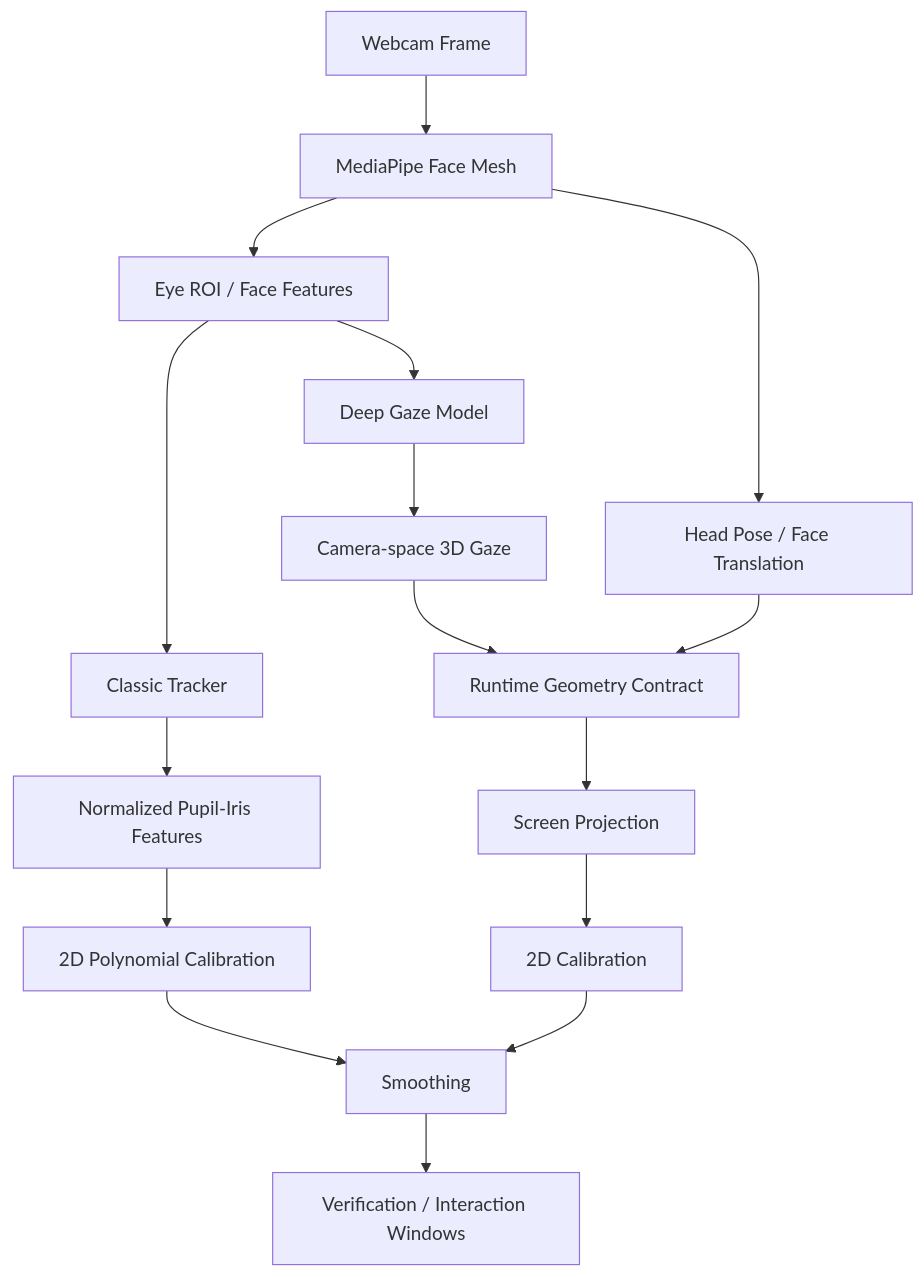
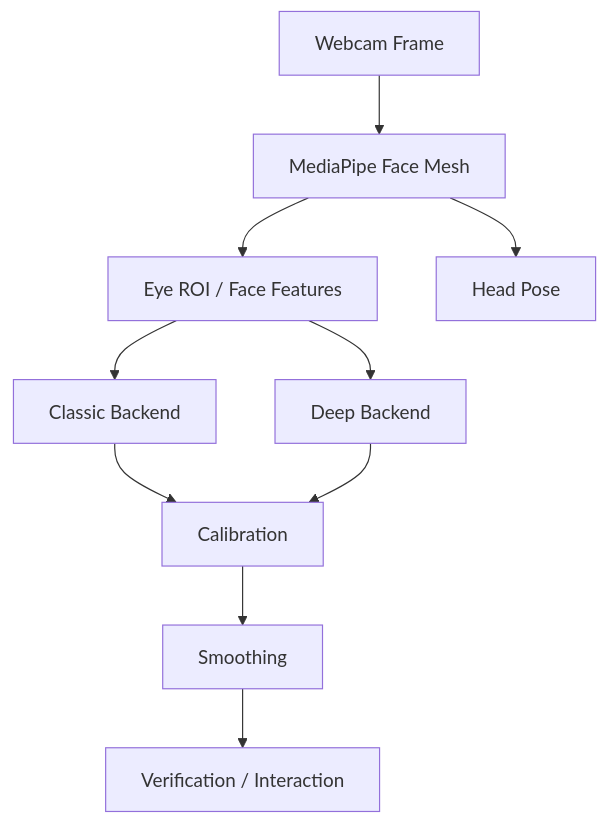
The second of 2 diagrams in README.md (narmi924/Look2Act_Tracker), drawn with Mermaid before and after one commit. The commit also changed other lines of this file and 21 other files, not shown here.

````diff
--- a/README.md
+++ b/README.md
@@ -87,21 +77,13 @@
 ```mermaid
 flowchart TD
     Cam[Webcam Frame] --> Face[MediaPipe Face Mesh]
-    Face --> ROI[Eye ROI / Face Features]
-    ROI --> Classic[Classic Tracker]
-    ROI --> Deep[Deep Gaze Model]
-    Face --> Pose[Head Pose / Face Translation]
+    Face --> Eye[Eye ROI / Face Features]
+    Eye --> Classic[Classic Backend]
+    Eye --> Deep[Deep Backend]
+    Face --> Pose[Head Pose]
 
-    Classic --> CF[Normalized Pupil-Iris Features]
-    CF --> CCalib[2D Polynomial Calibration]
-
-    Deep --> DGaze[Camera-space 3D Gaze]
-    Pose --> Contract[Runtime Geometry Contract]
-    DGaze --> Contract
-    Contract --> DPoint[Screen Projection]
-    DPoint --> DCalib[2D Calibration]
-
-    CCalib --> Smooth[Smoothing]
-    DCalib --> Smooth
-    Smooth --> UI[Verification / Interaction Windows]
+    Classic --> Calib[Calibration]
+    Deep --> Calib
+    Calib --> Smooth[Smoothing]
+    Smooth --> UI[Verification / Interaction]
 ```
````
